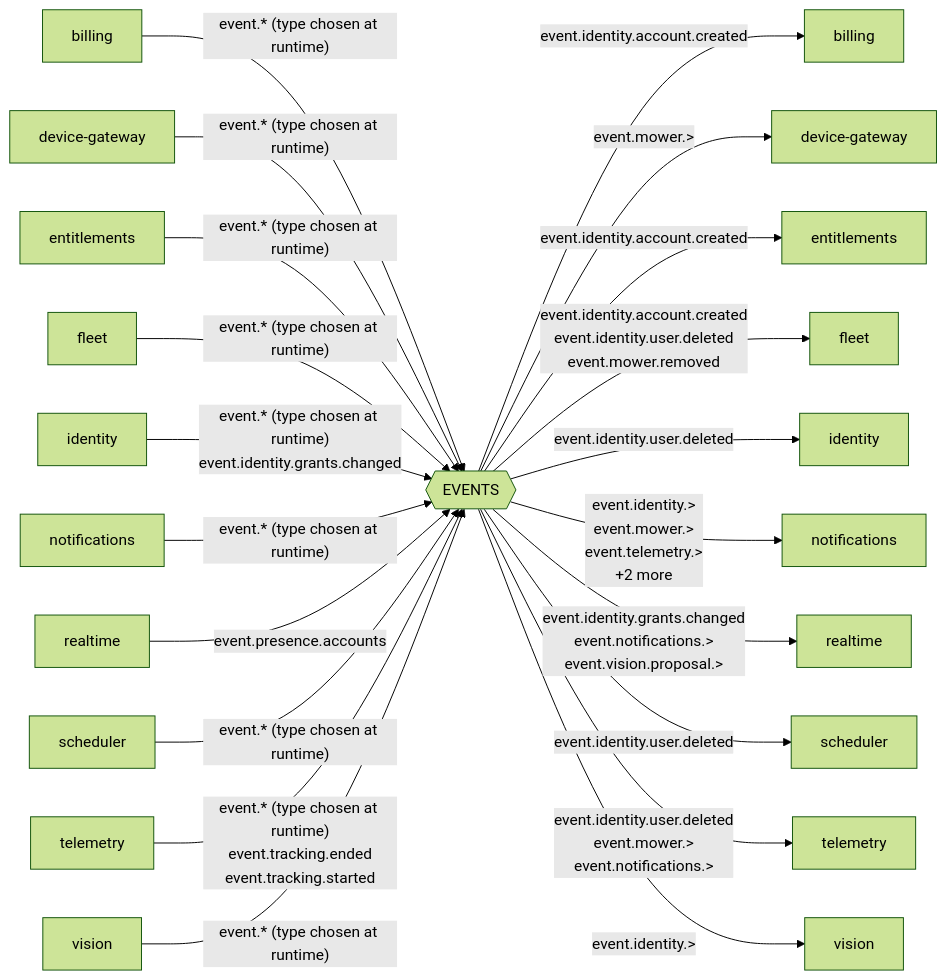
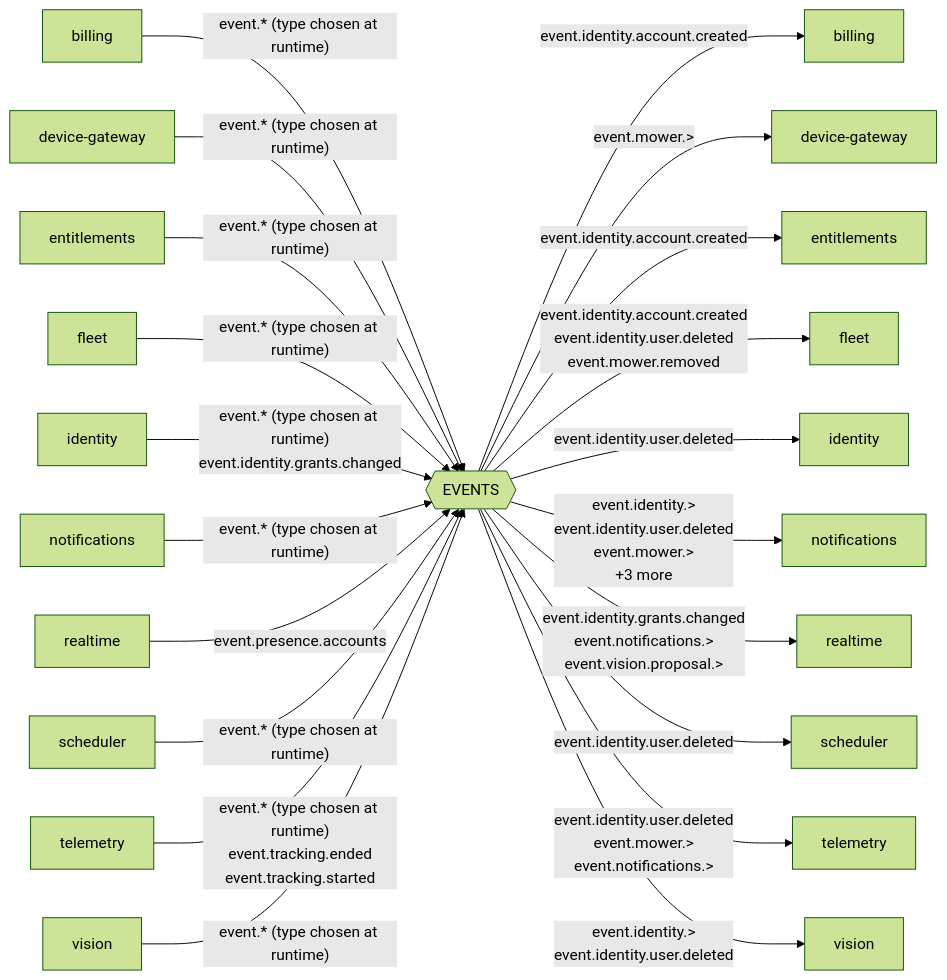
One commit to lukislp/mowdeck changed the seventh of 15 diagrams in docs/architecture/generated.md. Above: the diagram before and after it, drawn with Mermaid (forest theme). The commit also changed other lines of this file and 35 other files, not shown here.

First line of the commit message:
fix: notifications and vision forget a member who deleted themselves (ADR 0082) (#391)

````diff
--- a/docs/architecture/generated.md
+++ b/docs/architecture/generated.md
@@ -265,44 +265,44 @@
 ```mermaid
 flowchart LR
   s_EVENTS{{"EVENTS"}}
   p_billing["billing"]
   p_device_gateway["device-gateway"]
   p_entitlements["entitlements"]
   p_fleet["fleet"]
   p_identity["identity"]
   p_notifications["notifications"]
   p_realtime["realtime"]
   p_scheduler["scheduler"]
   p_telemetry["telemetry"]
   p_vision["vision"]
   c_billing["billing"]
   c_device_gateway["device-gateway"]
   c_entitlements["entitlements"]
   c_fleet["fleet"]
   c_identity["identity"]
   c_notifications["notifications"]
   c_realtime["realtime"]
   c_scheduler["scheduler"]
   c_telemetry["telemetry"]
   c_vision["vision"]
   p_billing -->|"event.* (type chosen at runtime)"| s_EVENTS
   p_device_gateway -->|"event.* (type chosen at runtime)"| s_EVENTS
   p_entitlements -->|"event.* (type chosen at runtime)"| s_EVENTS
   p_fleet -->|"event.* (type chosen at runtime)"| s_EVENTS
   p_identity -->|"event.* (type chosen at runtime)<br/>event.identity.grants.changed"| s_EVENTS
   p_notifications -->|"event.* (type chosen at runtime)"| s_EVENTS
   p_realtime -->|"event.presence.accounts"| s_EVENTS
   p_scheduler -->|"event.* (type chosen at runtime)"| s_EVENTS
   p_telemetry -->|"event.* (type chosen at runtime)<br/>event.tracking.ended<br/>event.tracking.started"| s_EVENTS
   p_vision -->|"event.* (type chosen at runtime)"| s_EVENTS
   s_EVENTS -->|"event.identity.account.created"| c_billing
   s_EVENTS -->|"event.mower.>"| c_device_gateway
   s_EVENTS -->|"event.identity.account.created"| c_entitlements
   s_EVENTS -->|"event.identity.account.created<br/>event.identity.user.deleted<br/>event.mower.removed"| c_fleet
   s_EVENTS -->|"event.identity.user.deleted"| c_identity
-  s_EVENTS -->|"event.identity.><br/>event.mower.><br/>event.telemetry.><br/>+2 more"| c_notifications
+  s_EVENTS -->|"event.identity.><br/>event.identity.user.deleted<br/>event.mower.><br/>+3 more"| c_notifications
   s_EVENTS -->|"event.identity.grants.changed<br/>event.notifications.><br/>event.vision.proposal.>"| c_realtime
   s_EVENTS -->|"event.identity.user.deleted"| c_scheduler
   s_EVENTS -->|"event.identity.user.deleted<br/>event.mower.><br/>event.notifications.>"| c_telemetry
-  s_EVENTS -->|"event.identity.>"| c_vision
+  s_EVENTS -->|"event.identity.><br/>event.identity.user.deleted"| c_vision
 ```
````
